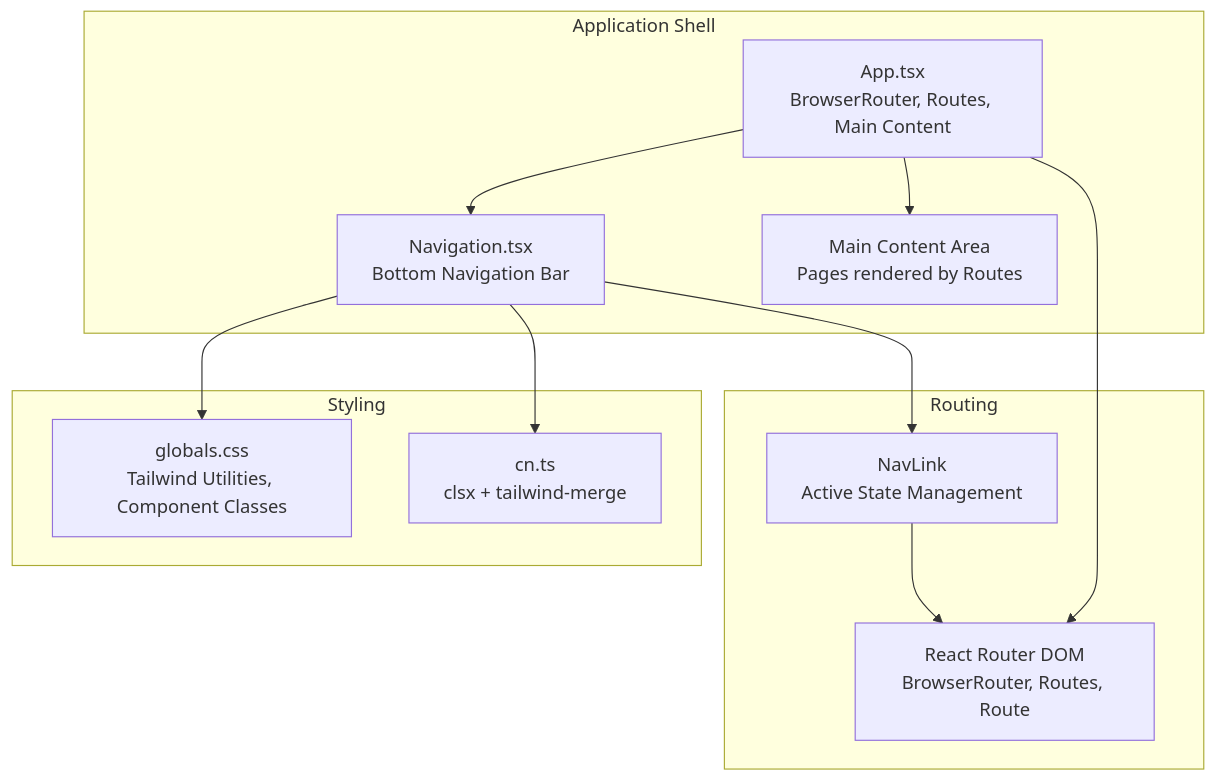
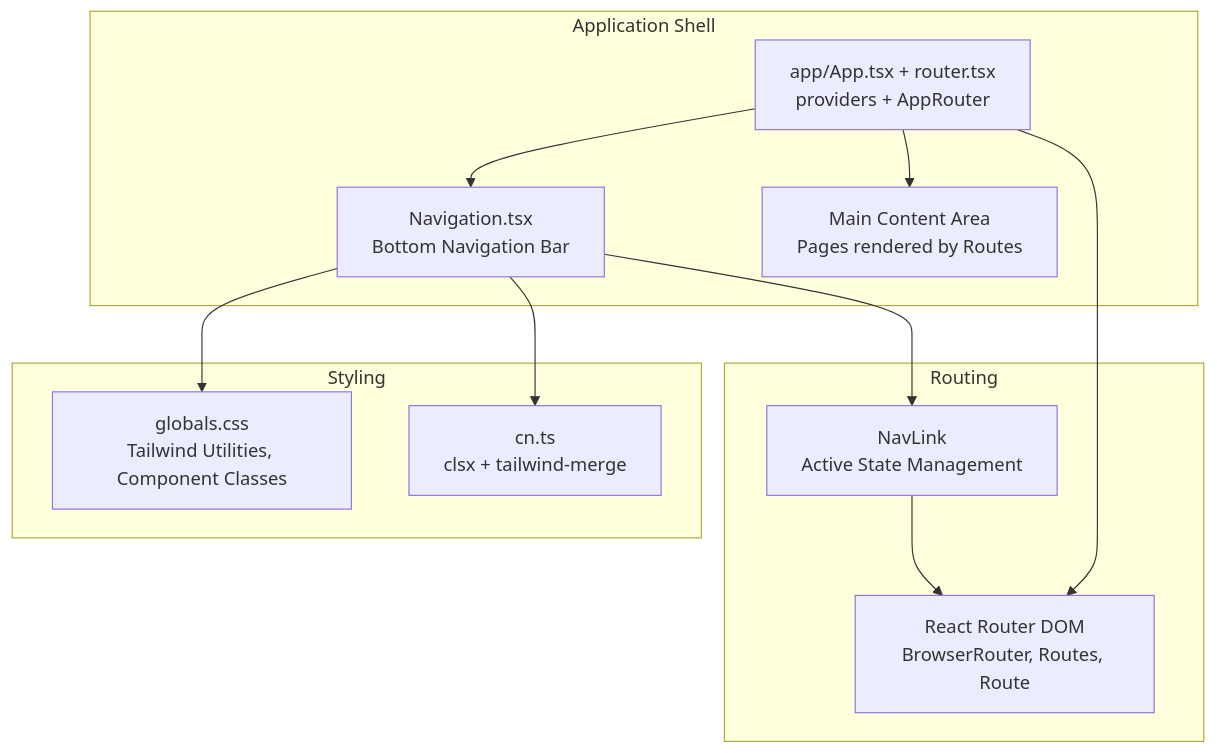
Before and after one commit to nilsnavi/fit_trackerpro: the first of 4 diagrams in .qoder/repowiki/en/content/Frontend Component Architecture/Navigation System.md, drawn with Mermaid. The commit also changed other lines of this file and 9 other files, not shown here.

````diff
--- a/.qoder/repowiki/en/content/Frontend Component Architecture/Navigation System.md
+++ b/.qoder/repowiki/en/content/Frontend Component Architecture/Navigation System.md
@@ -33,23 +35,23 @@
 ```mermaid
 graph TB
 subgraph "Application Shell"
-App["App.tsx<br/>BrowserRouter, Routes, Main Content"]
+App["app/App.tsx + router.tsx<br/>providers + AppRouter"]
 Nav["Navigation.tsx<br/>Bottom Navigation Bar"]
 Main["Main Content Area<br/>Pages rendered by Routes"]
 end
 subgraph "Routing"
 Router["React Router DOM<br/>BrowserRouter, Routes, Route"]
 Links["NavLink<br/>Active State Management"]
 end
 subgraph "Styling"
 CSS["globals.css<br/>Tailwind Utilities, Component Classes"]
 CN["cn.ts<br/>clsx + tailwind-merge"]
 end
 App --> Main
 App --> Nav
 Nav --> Links
 App --> Router
 Links --> Router
 Nav --> CSS
 Nav --> CN
 ```
````
